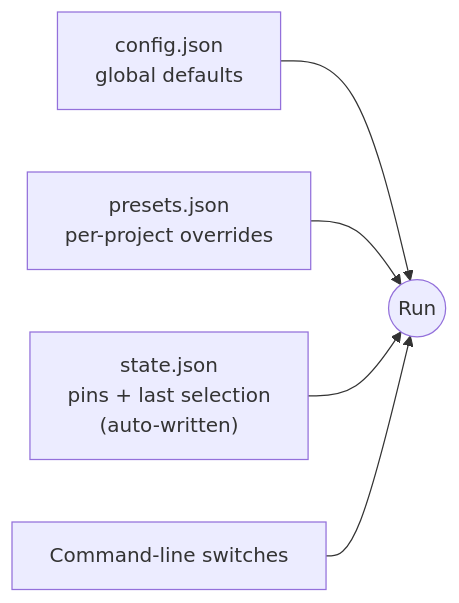
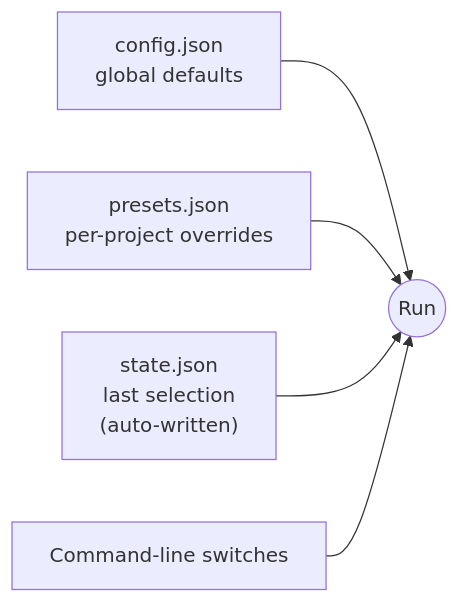
The eighth of 8 diagrams in README.md (dstaulcu/workspace-orchestrator), drawn with Mermaid before and after one commit. The commit also changed other lines of this file and 20 other files, not shown here.

````diff
--- a/README.md
+++ b/README.md
@@ -234,7 +245,7 @@
 ```mermaid
 flowchart LR
     CFG["config.json<br/>global defaults"] --> RUN(("Run"))
     PRE["presets.json<br/>per-project overrides"] --> RUN
-    STA["state.json<br/>pins + last selection<br/>(auto-written)"] --> RUN
+    STA["state.json<br/>last selection<br/>(auto-written)"] --> RUN
     CLI["Command-line switches"] --> RUN
 ```
````
